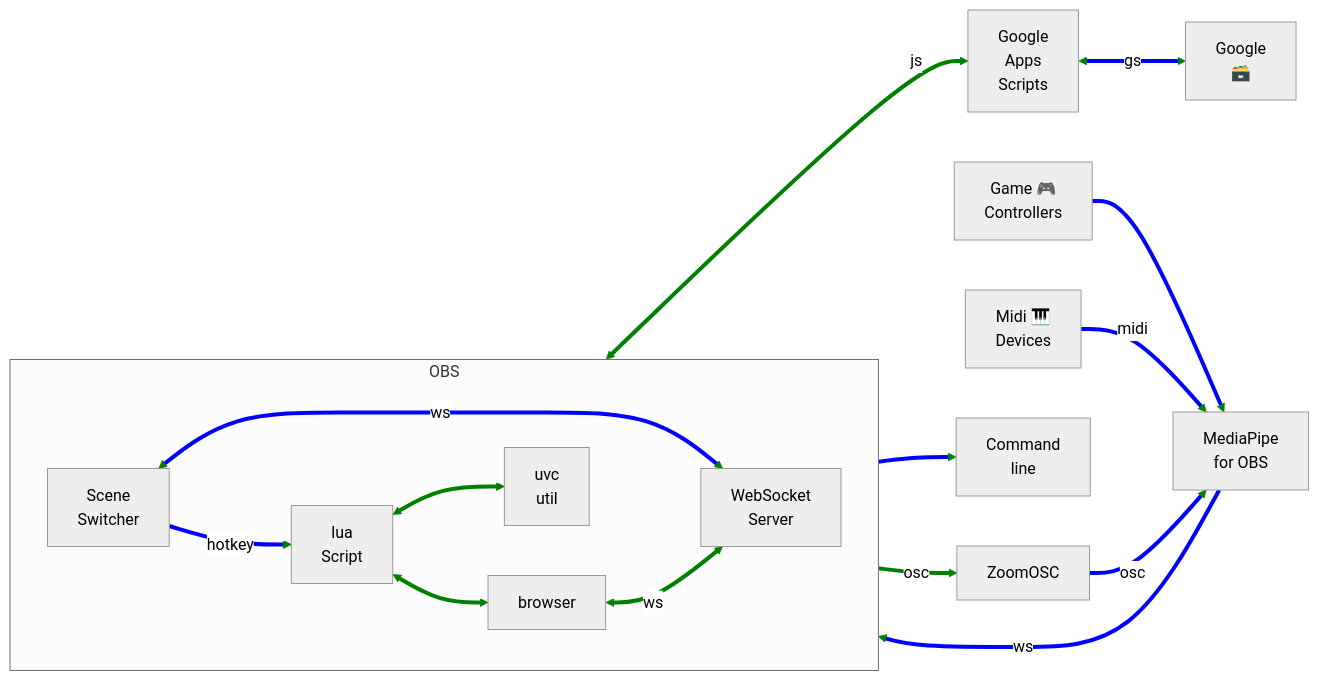
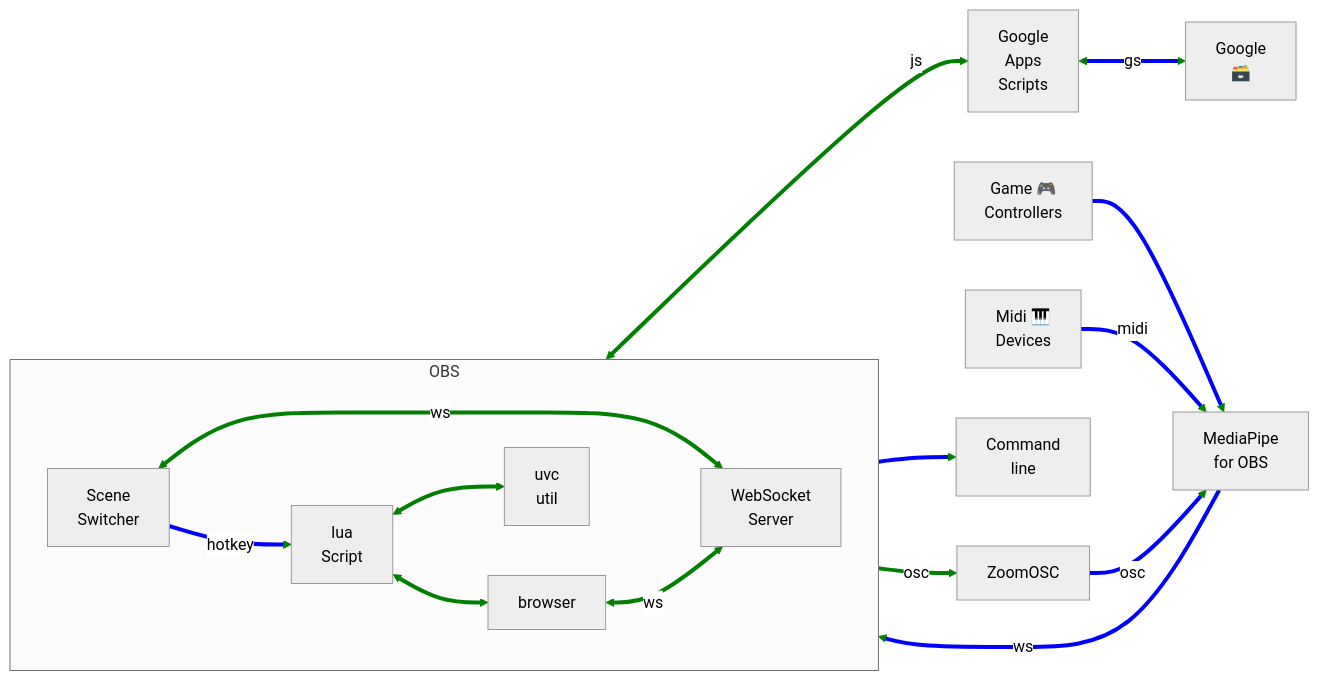
Before and after one commit to UUoocl/MediaPipe_for_OBS: the second of 2 diagrams in README.md, drawn with Mermaid (neutral theme).

````diff
--- a/README.md
+++ b/README.md
@@ -103,39 +103,38 @@
 ```mermaid
 flowchart LR
 
 GC[Game 🎮\n Controllers]
 MP["MediaPipe\nfor OBS"]
 GAS["Google \n Apps \n Scripts"]
 GS["Google \n 🗃️"]
 Midi["Midi 🎹 \n Devices"]
 AS["Command\nline"]
 ZOSC[ZoomOSC]
 
 GC-->MP
 Midi--"midi"-->MP
 ZOSC--"osc"-->MP
 MP --"ws"-->wss
 %%O4O--"ws"-->wss
 lua-->AS
 GAS<--gs-->GS
 obs-b<--"js"-->GAS
 ss--"osc"-->ZOSC
 subgraph OBS[OBS]
     direction LR
 
     lua["lua \n Script"]
     ss["Scene \n Switcher"]
     obs-b[browser]
     wss["WebSocket \nServer"]
     
     ss--hotkey-->lua
     ss<--"ws"-->wss
     obs-b<--"ws"-->wss
     lua<-->obs-b
     lua<-->util["uvc \n util"]
 end
-
 linkStyle default stroke-width:4px,fill:none,stroke:green;
-linkStyle 0,1,2,3,4,5,8,9 stroke-width:4px,fill:none,stroke:blue;
+linkStyle 0,1,2,3,4,5,8 stroke-width:4px,fill:none,stroke:blue;
 
 ```
````
